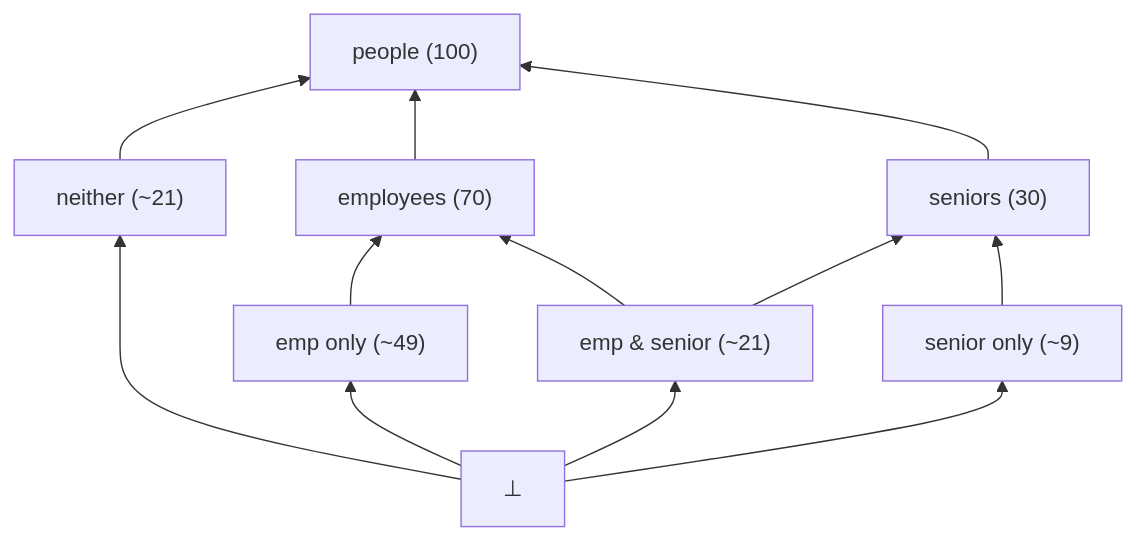
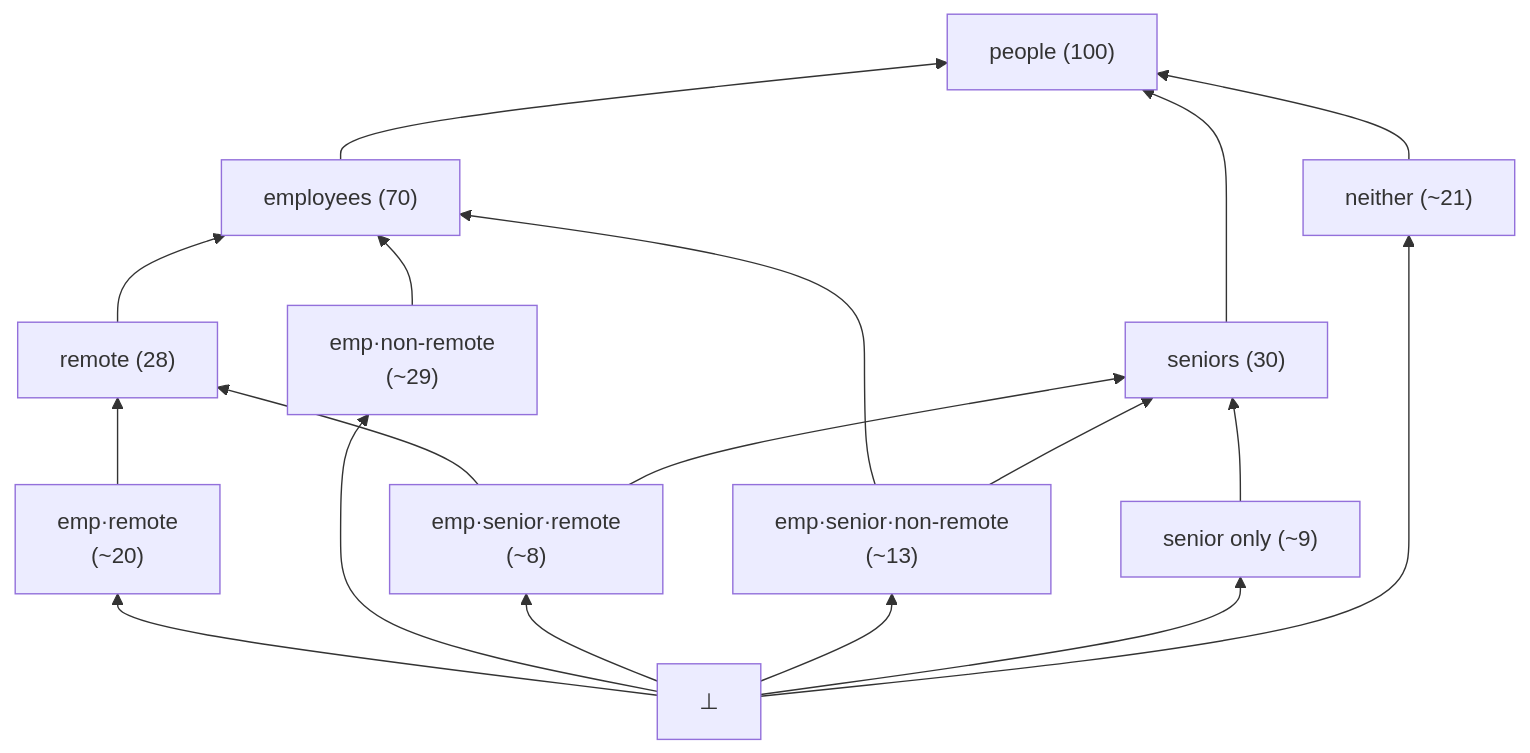
Before and after one commit to alsenz/fakeset: the third of 5 diagrams in specs/REFRAME-1.md, drawn with Mermaid. The commit also changed other lines of this file and 2 other files, not shown here.

````diff
--- a/specs/REFRAME-1.md
+++ b/specs/REFRAME-1.md
@@ -362,15 +374,21 @@
 ```mermaid
 graph BT
     bot["⊥"]
-    emp_only["emp only (~49)"] --> employees["employees (70)"]
-    emp_senior["emp & senior (~21)"] --> employees
-    emp_senior --> seniors["seniors (30)"]
-    senior_only["senior only (~9)"] --> seniors
-    neither["neither (~21)"] --> people["people (100)"]
+    eo_rem["emp·remote\n(~20)"] --> remote["remote (28)"]
+    eo_nrem["emp·non-remote\n(~29)"] --> employees["employees (70)"]
+    es_rem["emp·senior·remote\n(~8)"] --> remote
+    es_rem --> seniors["seniors (30)"]
+    es_nrem["emp·senior·non-remote\n(~13)"] --> employees
+    es_nrem --> seniors
+    so["senior only (~9)"] --> seniors
+    neit["neither (~21)"] --> people["people (100)"]
+    remote --> employees
     employees --> people
     seniors --> people
-    bot --> emp_only
-    bot --> emp_senior
-    bot --> senior_only
-    bot --> neither
+    bot --> eo_rem
+    bot --> eo_nrem
+    bot --> es_rem
+    bot --> es_nrem
+    bot --> so
+    bot --> neit
 ```
````
